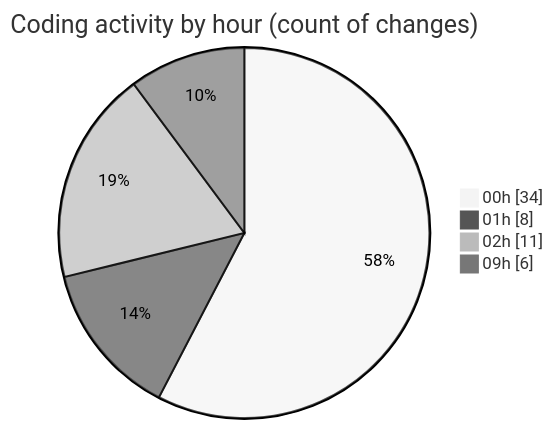
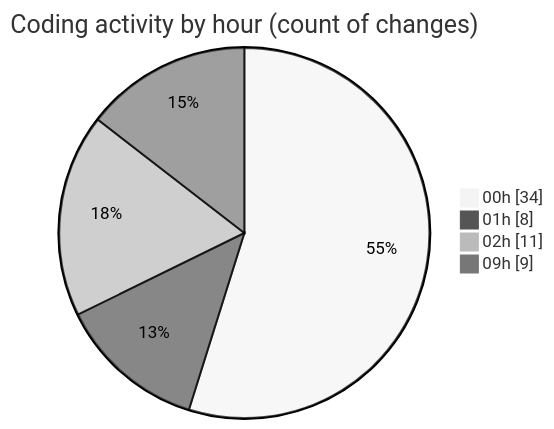
One commit to Elitesun/code-tracking changed the second of 2 diagrams in 2025-05-18/niten/README.md. Above: the diagram before and after it, drawn with Mermaid (neutral theme). The commit also changed other lines of this file and 1 other file, not shown here.

````diff
--- a/2025-05-18/niten/README.md
+++ b/2025-05-18/niten/README.md
@@ -50,8 +51,8 @@
 ```mermaid
 pie showData
 title Coding activity by hour (count of changes)
 "00h" : 34
 "01h" : 8
 "02h" : 11
-"09h" : 6
+"09h" : 9
 ```
````
